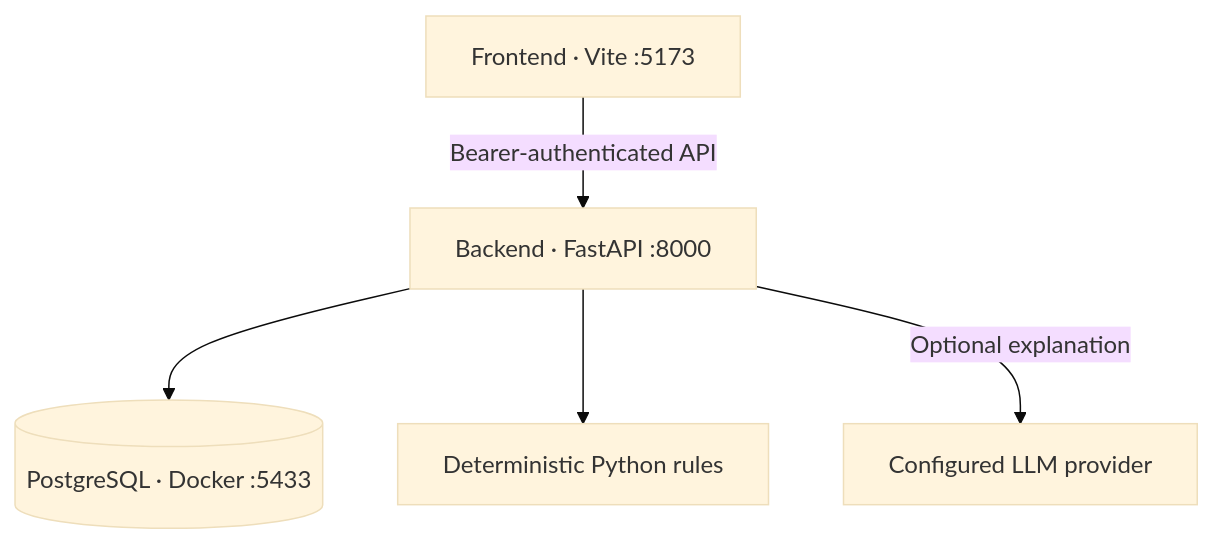
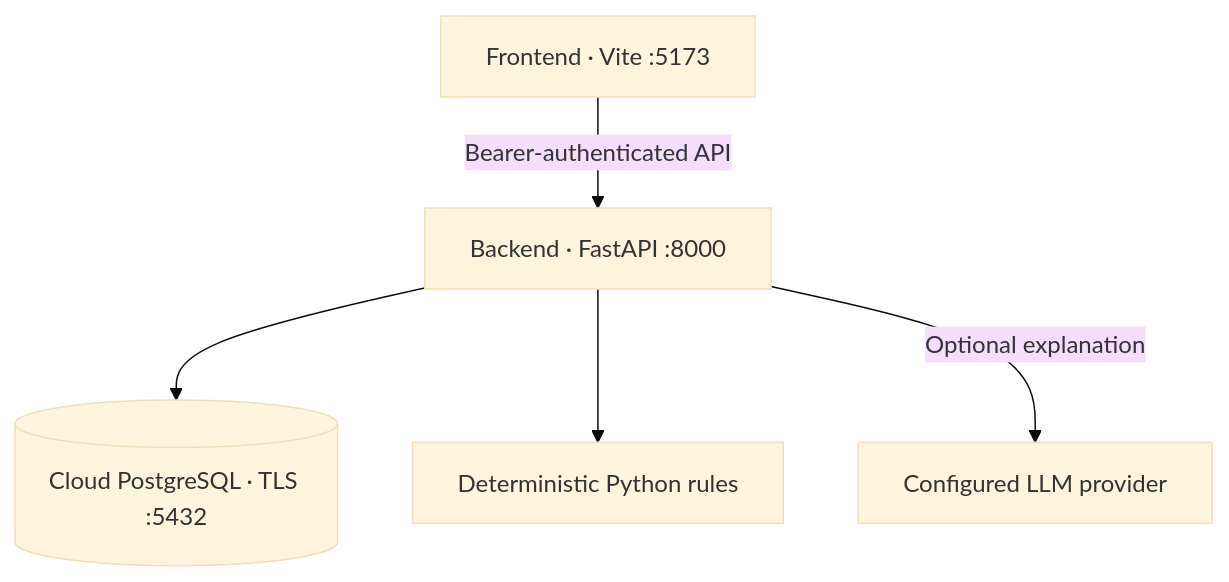
One commit to kasrikanth/cloud_optimizer changed the diagram in docs/ARCHITECTURE.md. Above: the diagram before and after it, drawn with Mermaid (base theme). The commit also changed other lines of this file and 14 other files, not shown here.

Commit message:
Refactor project to remove Docker dependency for PostgreSQL, update documentation, and enhance cloud database integration

````diff
--- a/docs/ARCHITECTURE.md
+++ b/docs/ARCHITECTURE.md
@@ -5,7 +5,7 @@
 ```mermaid
 flowchart TD
   UI["Frontend · Vite :5173"] -->|"Bearer-authenticated API"| API["Backend · FastAPI :8000"]
-  API --> DB[("PostgreSQL · Docker :5433")]
+  API --> DB[("Cloud PostgreSQL · TLS :5432")]
   API --> Rules["Deterministic Python rules"]
   API -->|"Optional explanation"| LLM["Configured LLM provider"]
 ```
````
